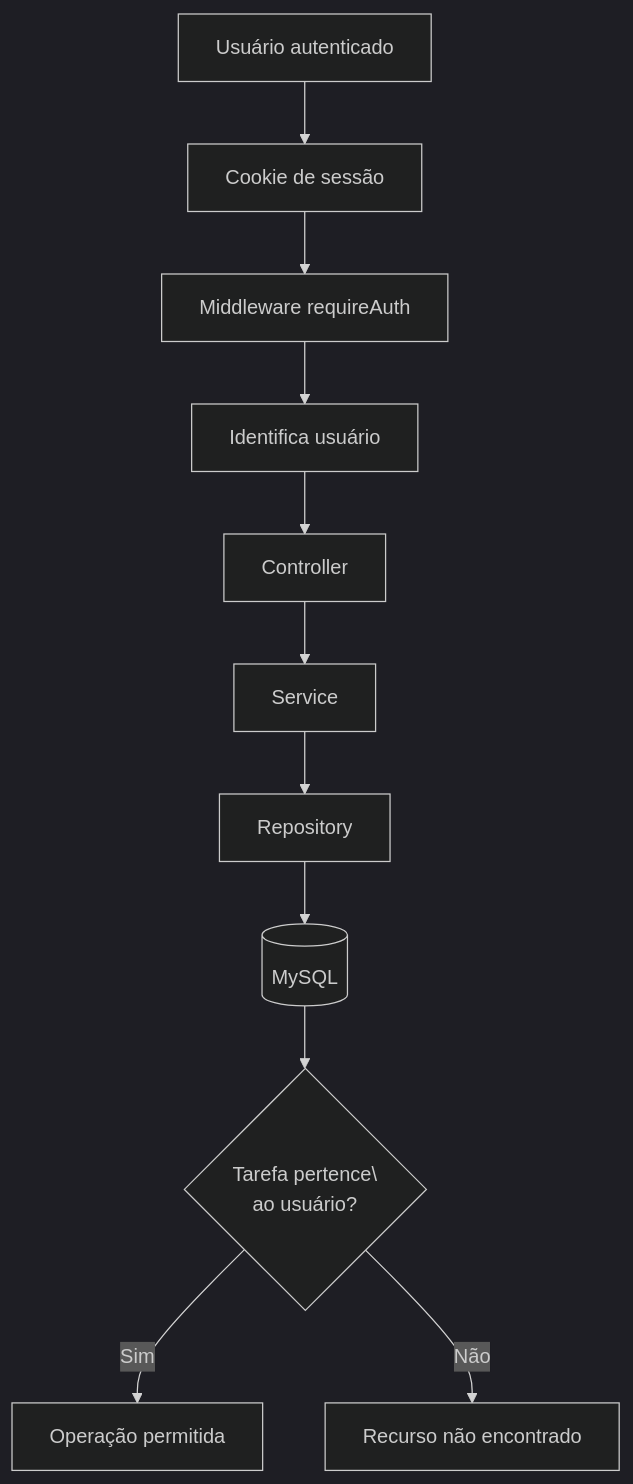
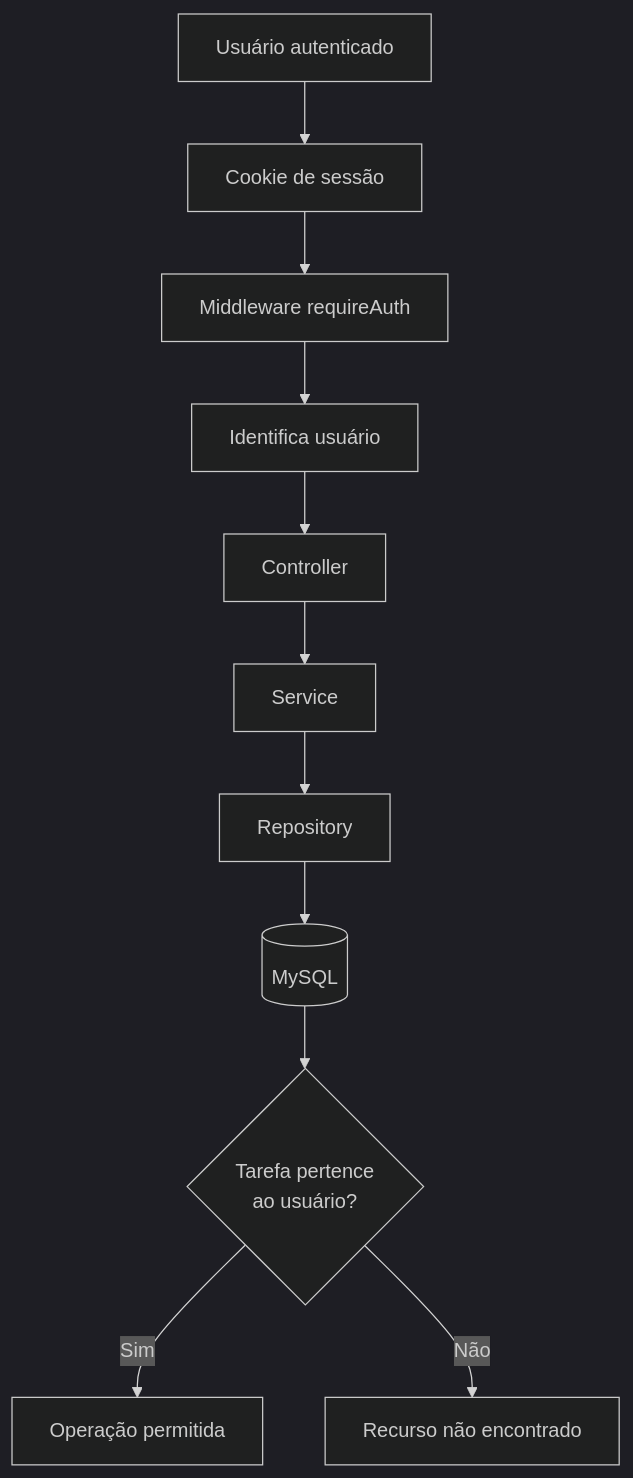
The fourth of 4 diagrams in README.md (juniormps/clarity), drawn with Mermaid (dark theme) before and after one commit. The commit also changed other lines of this file, not shown here.

````diff
--- a/README.md
+++ b/README.md
@@ -526,14 +454,13 @@
 ```mermaid
 flowchart TD
-    A[Usuário autenticado]
-        --> B[Cookie de sessão]
+    A[Usuário autenticado] --> B[Cookie de sessão]
     B --> C[Middleware requireAuth]
     C --> D[Identifica usuário]
     D --> E[Controller]
     E --> F[Service]
     F --> G[Repository]
     G --> H[(MySQL)]
-    H --> I{Tarefa pertence\<br/>ao usuário?}
+    H --> I{Tarefa pertence<br/>ao usuário?}
     I -->|Sim| J[Operação permitida]
     I -->|Não| K[Recurso não encontrado]
 ```
````
